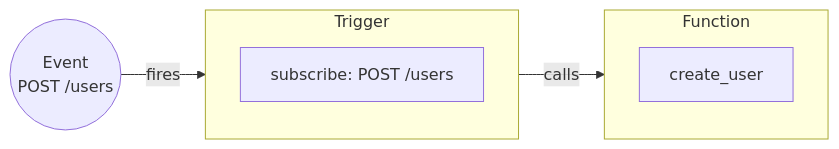
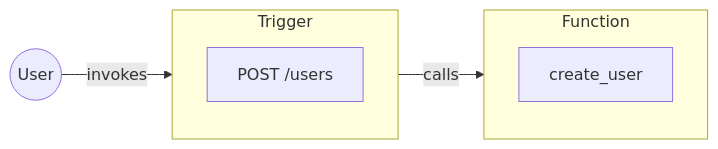
Before and after one commit to iii-hq/docs: the diagram in content/concepts/triggers.mdx, drawn with Mermaid. The commit also changed other lines of this file and 8 other files, not shown here.

````diff
--- a/content/concepts/triggers.mdx
+++ b/content/concepts/triggers.mdx
@@ -9,11 +11,12 @@
 ```mermaid
 graph LR
-    Event((Event<br/>POST /users)) -->|fires| Trigger
+    User((User)) -->|invokes| Trigger
+
     subgraph Trigger[Trigger]
-        Config[subscribe: POST /users]
+        Config[POST /users]
     end
     subgraph Function[Function]
         Fn[create_user]
     end
     Trigger -->|calls| Function
 ```
````
